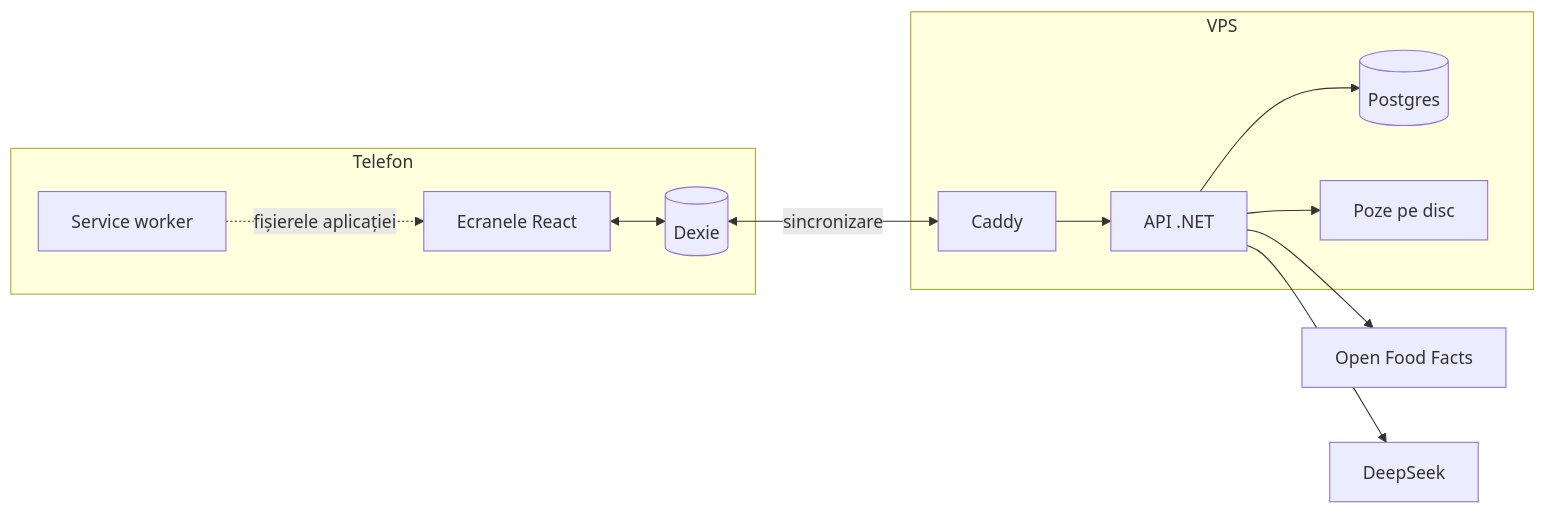
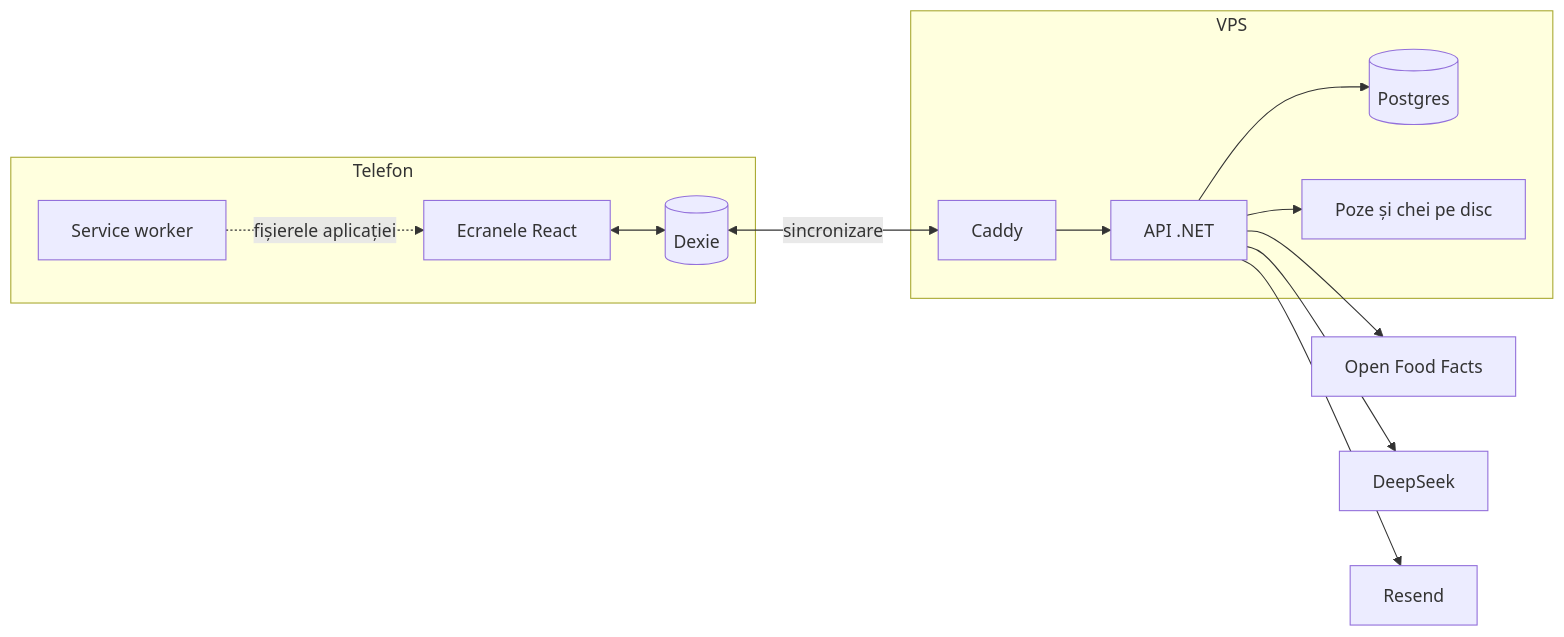
The first of 2 diagrams in docs/ghid/01-harta.md (developedbyflow/macro-mate), drawn with Mermaid before and after one commit. The commit also changed other lines of this file and 56 other files, not shown here.

````diff
--- a/docs/ghid/01-harta.md
+++ b/docs/ghid/01-harta.md
@@ -10,22 +10,23 @@
 ```mermaid
 flowchart LR
   subgraph Telefon
     UI[Ecranele React]
     DX[(Dexie)]
     SW[Service worker]
   end
   subgraph VPS
     CA[Caddy]
     API[API .NET]
     PG[(Postgres)]
-    FS[Poze pe disc]
+    FS[Poze și chei pe disc]
   end
   SW -.->|fișierele aplicației| UI
   UI <--> DX
   DX <-->|sincronizare| CA
   CA --> API
   API --> PG
   API --> FS
   API --> OFF[Open Food Facts]
   API --> DS[DeepSeek]
+  API --> RS[Resend]
 ```
````
